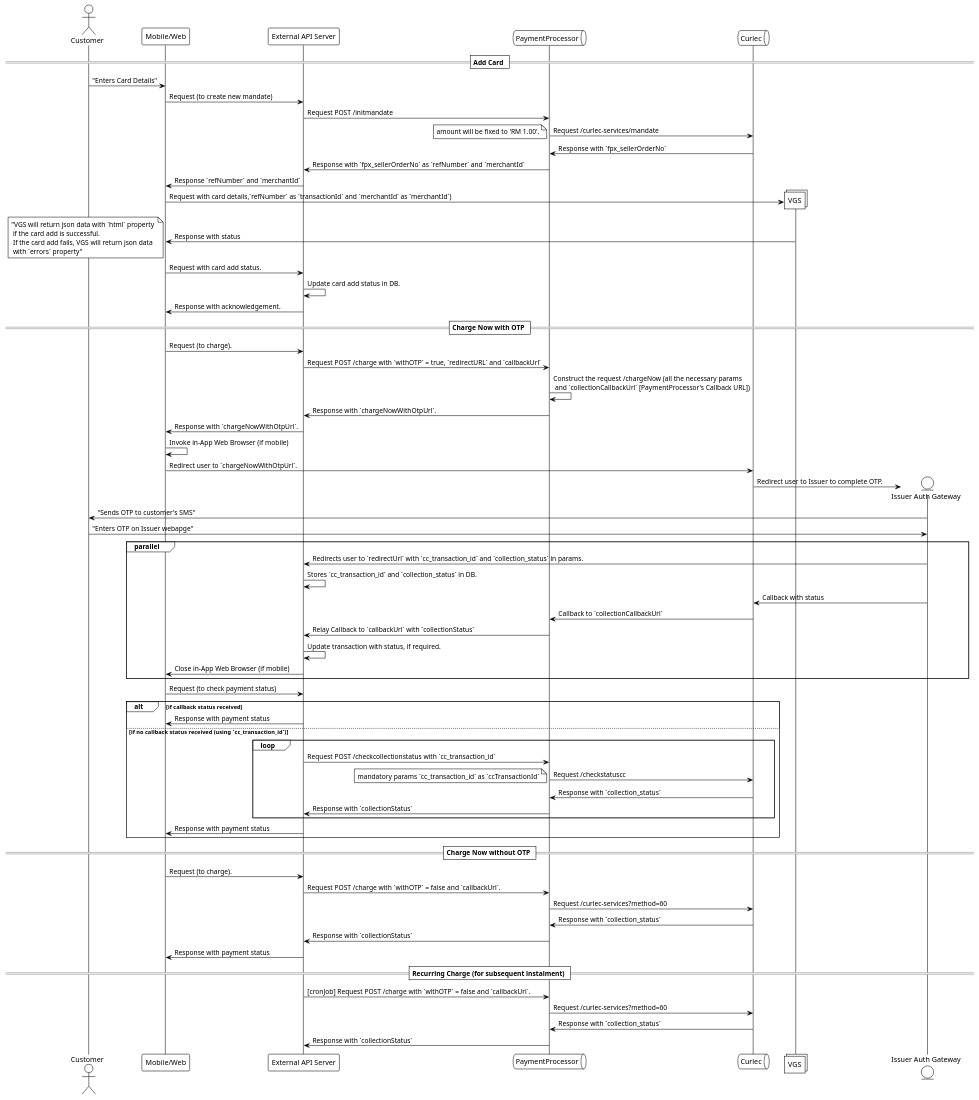
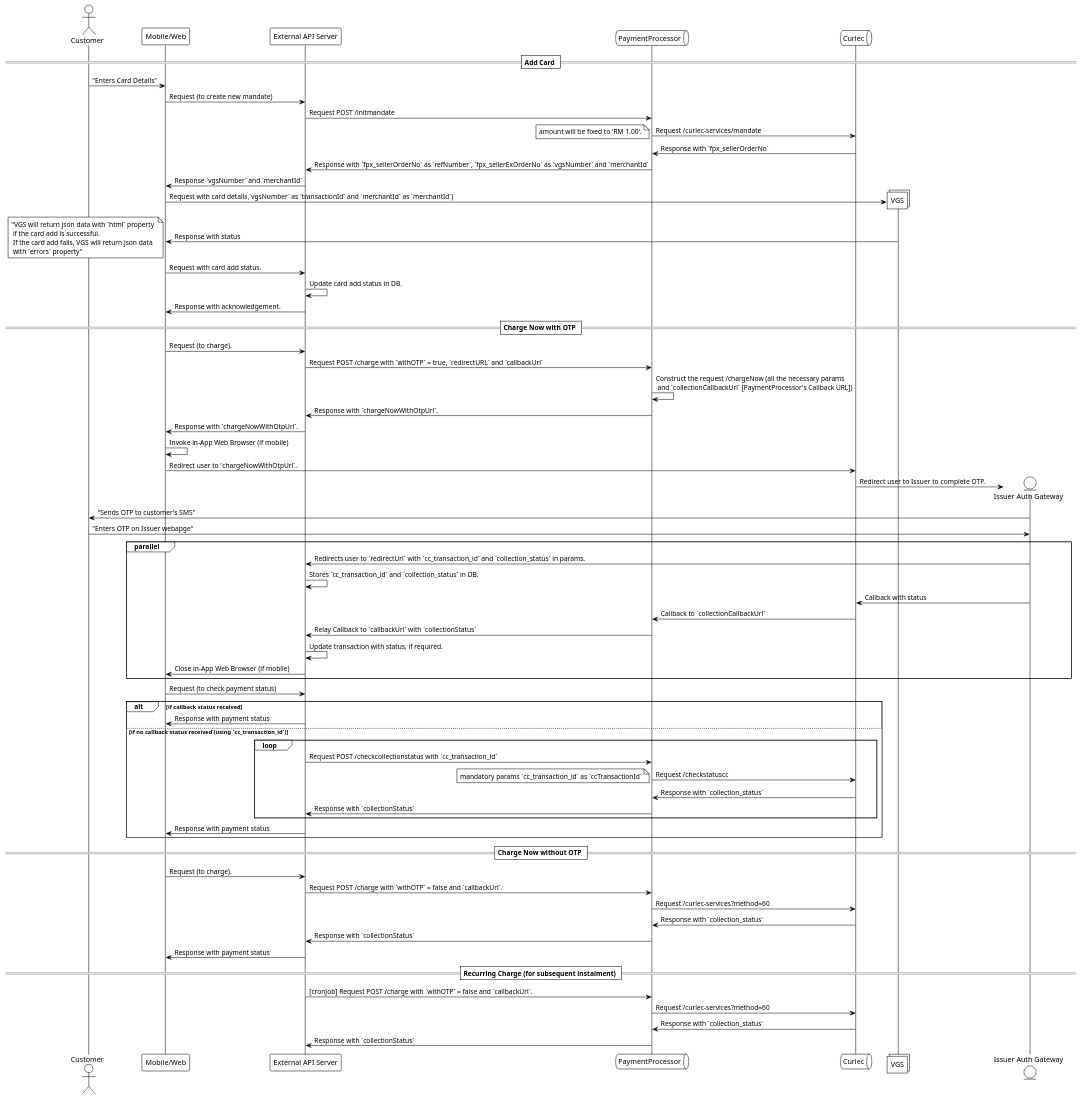
The diagram in doc/payment-processor-interface.md (MobyPayTech/paymentProcessorApp), drawn with PlantUML before and after one commit. The commit also changed other lines of this file and 5 other files, not shown here.

````diff
--- a/doc/payment-processor-interface.md
+++ b/doc/payment-processor-interface.md
@@ -54,5 +54,5 @@
 ```plantuml
-@startuml "payment-sequence-diagram-v1.2.1"
+@startuml "payment-sequence-diagram-v1.3.0"
 !theme plain
 skinparam ParticipantPadding 20
 skinparam BoxPadding 10
@@ -73,9 +73,9 @@
 PP -> Curlec : Request /curlec-services/mandate
 note left: amount will be fixed to 'RM 1.00'.
 Curlec -> PP : Response with `fpx_sellerOrderNo`
-PP -> Server : Response with `fpx_sellerOrderNo` as `refNumber` and `merchantId`
-Server -> MP : Response `refNumber` and `merchantId`
-MP -> VGS ** : Request with card details,`refNumber` as `transactionId` and `merchantId` as `merchantId`)
+PP -> Server : Response with `fpx_sellerOrderNo` as `refNumber`, `fpx_sellerExOrderNo` as `vgsNumber` and `merchantId`
+Server -> MP : Response `vgsNumber` and `merchantId`
+MP -> VGS ** : Request with card details,`vgsNumber` as `transactionId` and `merchantId` as `merchantId`)
 VGS -> MP : Response with status
 note left : "VGS will return json data with `html` property \n if the card add is successful. \n If the card add fails, VGS will return json data \n with `errors` property"
 MP -> Server : Request with card add status.
````
